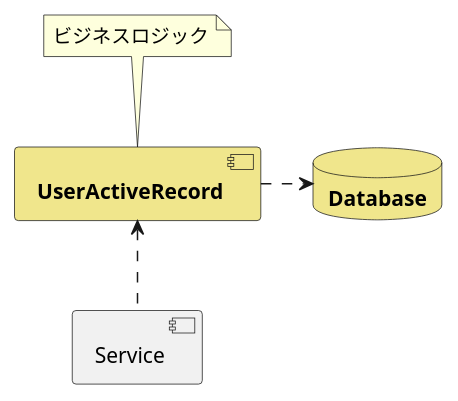
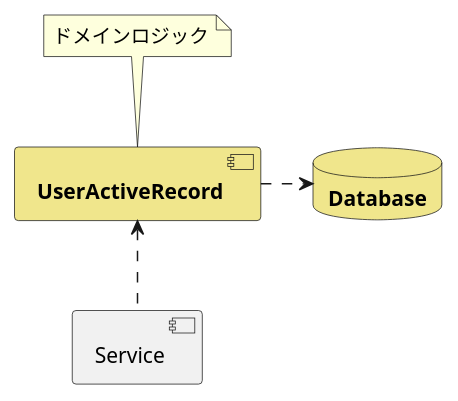
The diagram in src/puml/summary/activeRecord.puml (mexican-particles/mogmog), drawn with PlantUML before and after one commit. The commit also changed 11 other files, not shown here.

```diff
--- a/src/puml/summary/activeRecord.puml
+++ b/src/puml/summary/activeRecord.puml
@@ -1,15 +1,15 @@
 @startuml
 
 [Service] as MapperService
 ' ...
 [**UserActiveRecord**] as MapperComponent #Khaki
 database "**Database**" as MapperDatabase #Khaki {
 }
 
 MapperService .up.> MapperComponent
 ' ...
 MapperComponent .right.> MapperDatabase
 
-note top of MapperComponent: ビジネスロジック
+note top of MapperComponent: ドメインロジック
 
 @enduml
```
